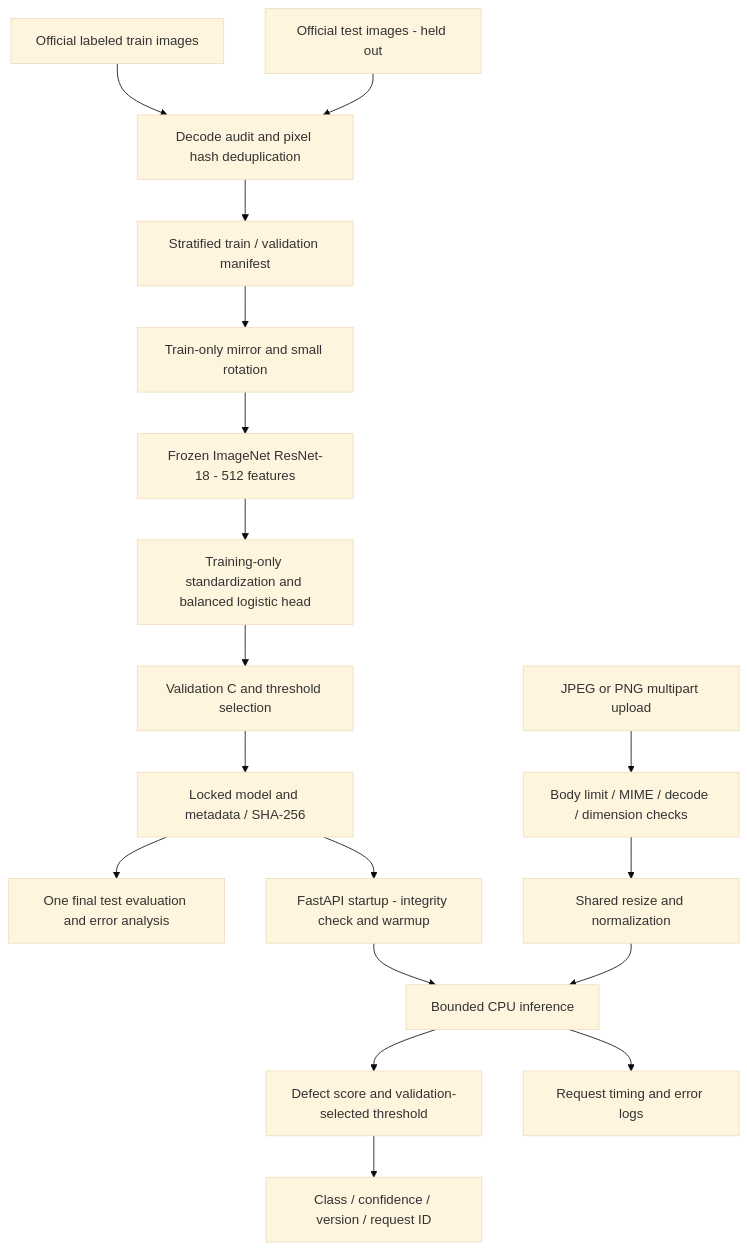
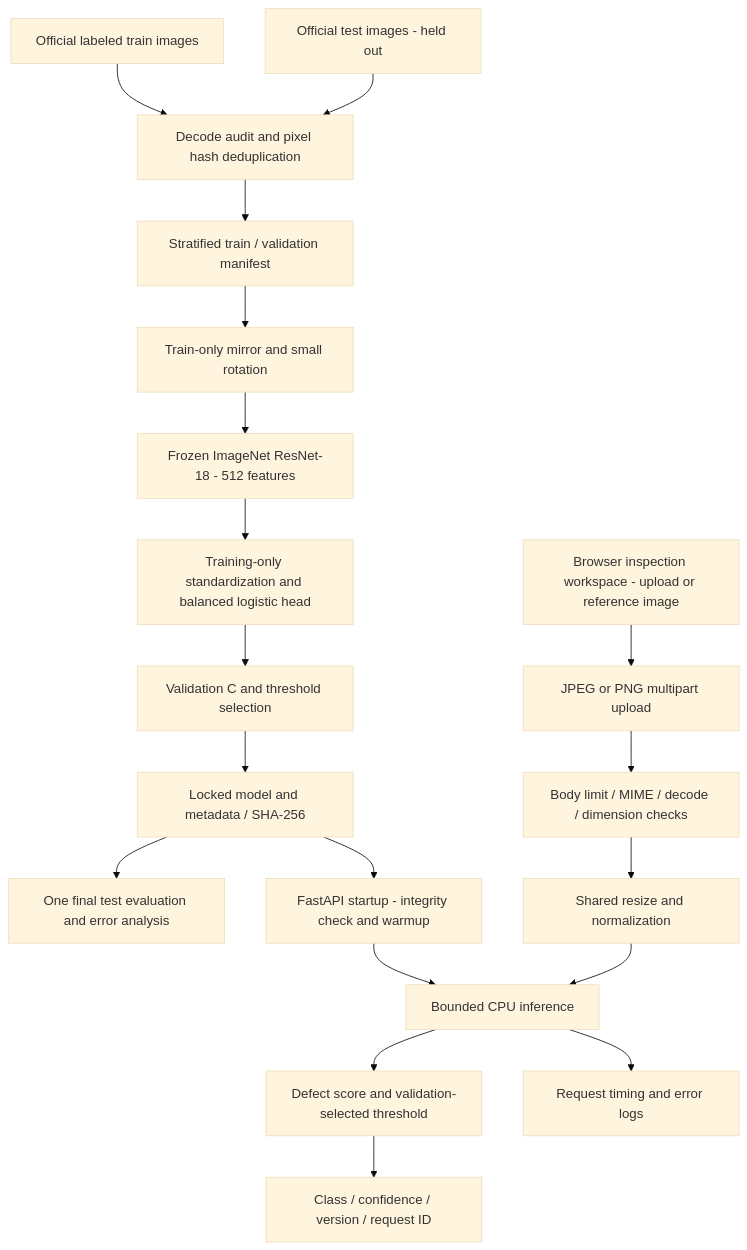
The diagram in docs/architecture.md (Abdullah-Sarwar-MIrza/inspection-assessment), drawn with Mermaid (base theme) before and after one commit. The commit also changed 20 other files, not shown here.

Commit message:
Add polished inspection workspace with real image inference and browser checks

````diff
--- a/docs/architecture.md
+++ b/docs/architecture.md
@@ -3,20 +3,21 @@
 ```mermaid
 flowchart TD
     A[Official labeled train images] --> B[Decode audit and pixel hash deduplication]
     T[Official test images - held out] --> B
     B --> C[Stratified train / validation manifest]
     C --> D[Train-only mirror and small rotation]
     D --> E[Frozen ImageNet ResNet-18 - 512 features]
     E --> F[Training-only standardization and balanced logistic head]
     F --> G[Validation C and threshold selection]
     G --> H[Locked model and metadata / SHA-256]
     H --> I[One final test evaluation and error analysis]
     H --> J[FastAPI startup - integrity check and warmup]
+    R[Browser inspection workspace - upload or reference image] --> K
     K[JPEG or PNG multipart upload] --> L[Body limit / MIME / decode / dimension checks]
     L --> M[Shared resize and normalization]
     J --> N[Bounded CPU inference]
     M --> N
     N --> O[Defect score and validation-selected threshold]
     O --> P[Class / confidence / version / request ID]
     N --> Q[Request timing and error logs]
 ```
````
